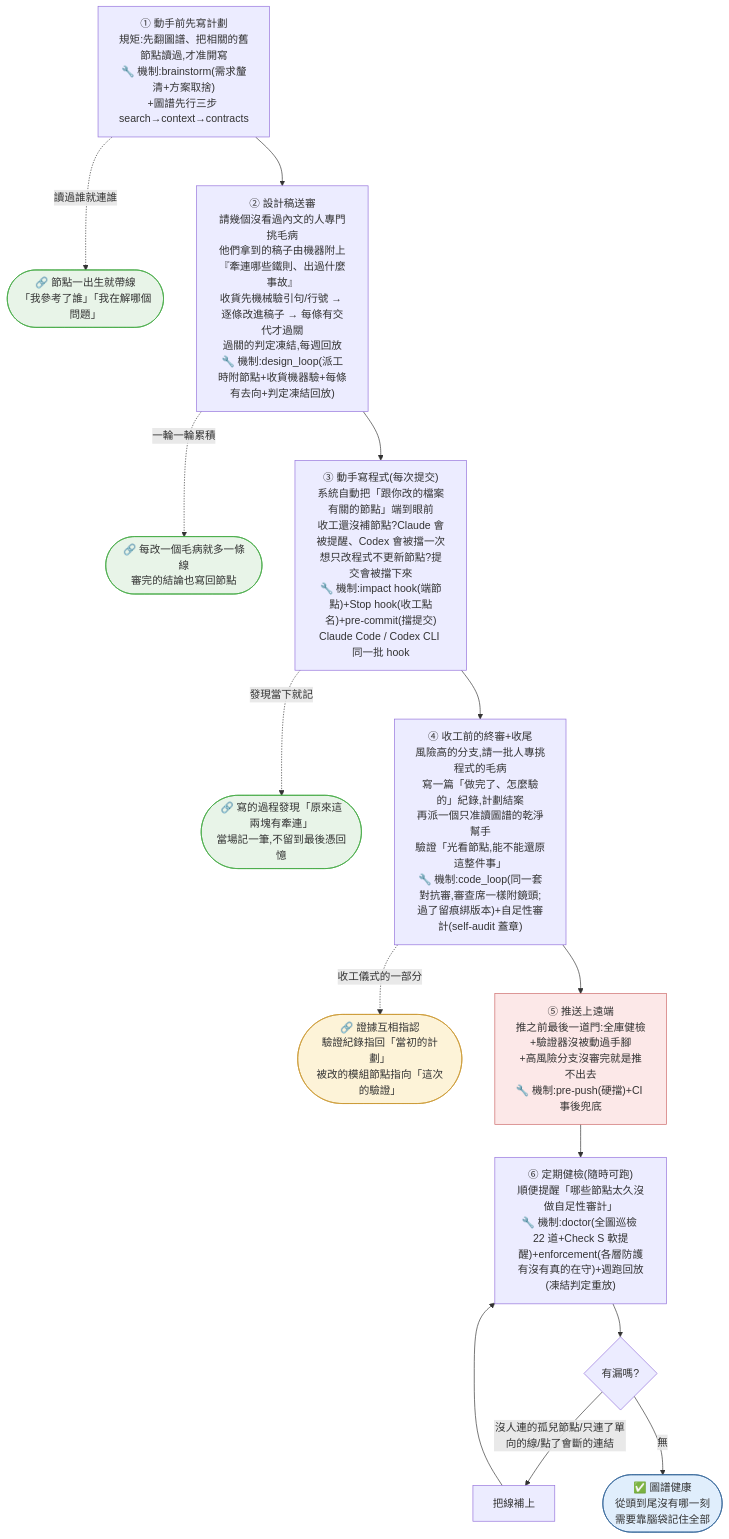
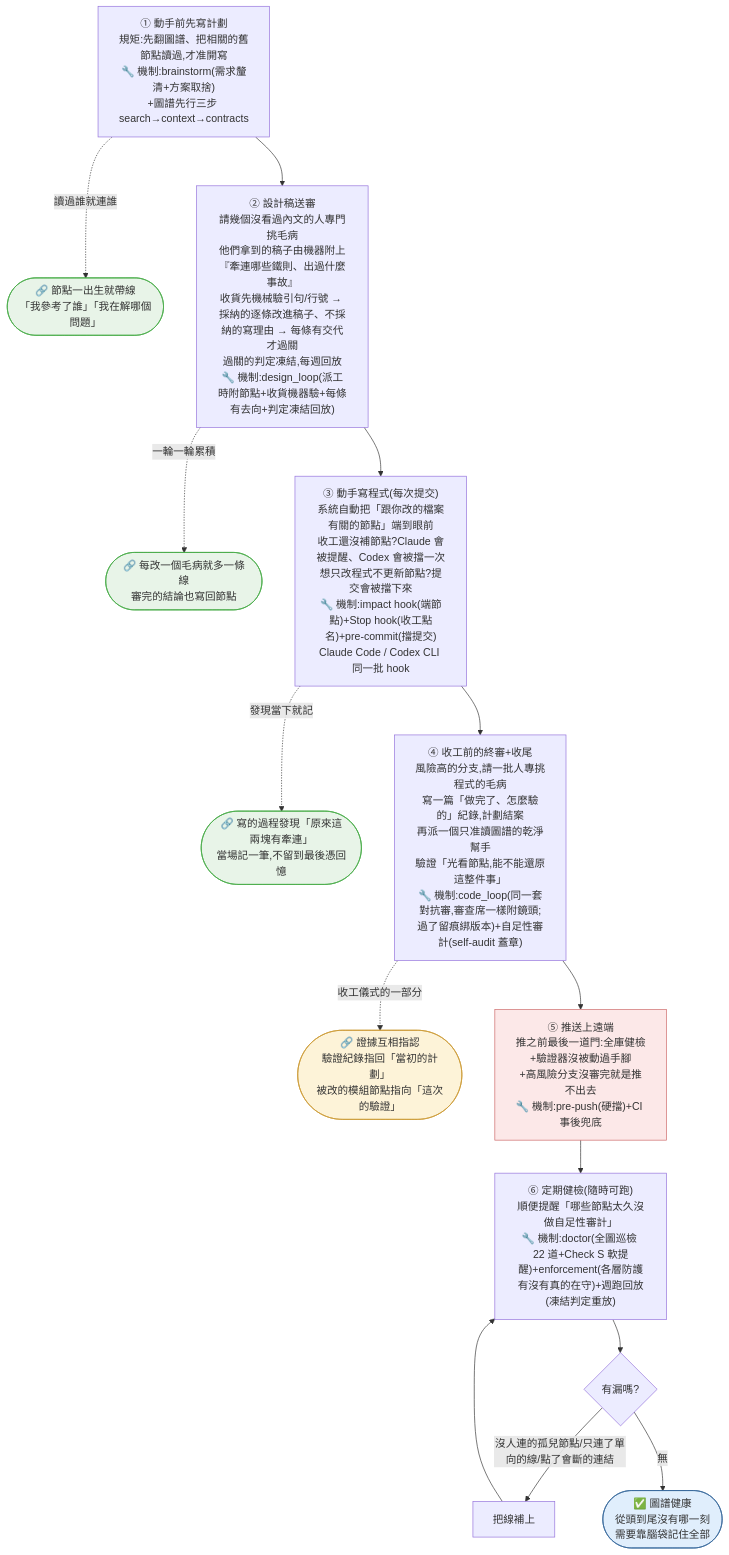
The diagram in docs/lumos-toolchain-knowledge/Systems/開發工作流總覽.md (EnzoHsieh-Android/Lumos), drawn with Mermaid before and after one commit. The commit also changed other lines of this file and 5 other files, not shown here.

First line of the commit message:
docs(圖): 良性循環圖重排三列(群組連線讓每列橫向;圖譜在頂)、「折」全改白話(採納改稿/寫理由不採納);README 中英各放一張同圖+一段白話;十張圖全部 mermaid-cli 真渲染確認

````diff
--- a/docs/lumos-toolchain-knowledge/Systems/開發工作流總覽.md
+++ b/docs/lumos-toolchain-knowledge/Systems/開發工作流總覽.md
@@ -34,34 +34,34 @@
 ```mermaid
 flowchart TD
     A["① 動手前先寫計劃<br/>規矩:先翻圖譜、把相關的舊節點讀過,才准開寫<br/>🔧 機制:brainstorm(需求釐清+方案取捨)<br/>+圖譜先行三步 search→context→contracts"]
     A1(["🔗 節點一出生就帶線<br/>「我參考了誰」「我在解哪個問題」"])
     A -.->|讀過誰就連誰| A1
 
-    A --> B["② 設計稿送審<br/>請幾個沒看過內文的人專門挑毛病<br/>他們拿到的稿子由機器附上『牽連哪些鐵則、出過什麼事故』<br/>收貨先機械驗引句/行號 → 逐條改進稿子 → 每條有交代才過關<br/>過關的判定凍結,每週回放<br/>🔧 機制:design_loop(派工時附節點+收貨機器驗+每條有去向+判定凍結回放)"]
+    A --> B["② 設計稿送審<br/>請幾個沒看過內文的人專門挑毛病<br/>他們拿到的稿子由機器附上『牽連哪些鐵則、出過什麼事故』<br/>收貨先機械驗引句/行號 → 採納的逐條改進稿子、不採納的寫理由 → 每條有交代才過關<br/>過關的判定凍結,每週回放<br/>🔧 機制:design_loop(派工時附節點+收貨機器驗+每條有去向+判定凍結回放)"]
     B1(["🔗 每改一個毛病就多一條線<br/>審完的結論也寫回節點"])
     B -.->|一輪一輪累積| B1
 
     B --> C["③ 動手寫程式(每次提交)<br/>系統自動把「跟你改的檔案有關的節點」端到眼前<br/>收工還沒補節點?Claude 會被提醒、Codex 會被擋一次<br/>想只改程式不更新節點?提交會被擋下來<br/>🔧 機制:impact hook(端節點)+Stop hook(收工點名)+pre-commit(擋提交)<br/>Claude Code / Codex CLI 同一批 hook"]
     C1(["🔗 寫的過程發現「原來這兩塊有牽連」<br/>當場記一筆,不留到最後憑回憶"])
     C -.->|發現當下就記| C1
 
     C --> D["④ 收工前的終審+收尾<br/>風險高的分支,請一批人專挑程式的毛病<br/>寫一篇「做完了、怎麼驗的」紀錄,計劃結案<br/>再派一個只准讀圖譜的乾淨幫手<br/>驗證「光看節點,能不能還原這整件事」<br/>🔧 機制:code_loop(同一套對抗審,審查席一樣附鏡頭;過了留痕綁版本)+自足性審計(self-audit 蓋章)"]
     D1(["🔗 證據互相指認<br/>驗證紀錄指回「當初的計劃」<br/>被改的模組節點指向「這次的驗證」"])
     D -.->|收工儀式的一部分| D1
 
     D --> P["⑤ 推送上遠端<br/>推之前最後一道門:全庫健檢+驗證器沒被動過手腳<br/>+高風險分支沒審完就是推不出去<br/>🔧 機制:pre-push(硬擋)+CI 事後兜底"]
 
     P --> E["⑥ 定期健檢(隨時可跑)<br/>順便提醒「哪些節點太久沒做自足性審計」<br/>🔧 機制:doctor(全圖巡檢 22 道+Check S 軟提醒)+enforcement(各層防護有沒有真的在守)+週跑回放(凍結判定重放)"]
     F{"有漏嗎?"}
     E --> F
     F -->|"沒人連的孤兒節點/只連了單向的線/點了會斷的連結"| G["把線補上"]
     G --> E
     F -->|無| H(["✅ 圖譜健康<br/>從頭到尾沒有哪一刻<br/>需要靠腦袋記住全部"])
 
     style A1 fill:#e8f4e8,stroke:#4a4,color:#333
     style B1 fill:#e8f4e8,stroke:#4a4,color:#333
     style C1 fill:#e8f4e8,stroke:#4a4,color:#333
     style D1 fill:#fdf3d8,stroke:#c93,color:#333
     style P fill:#fce8e8,stroke:#c66,color:#333
     style H fill:#e0eefc,stroke:#369,color:#333
 ```
````
